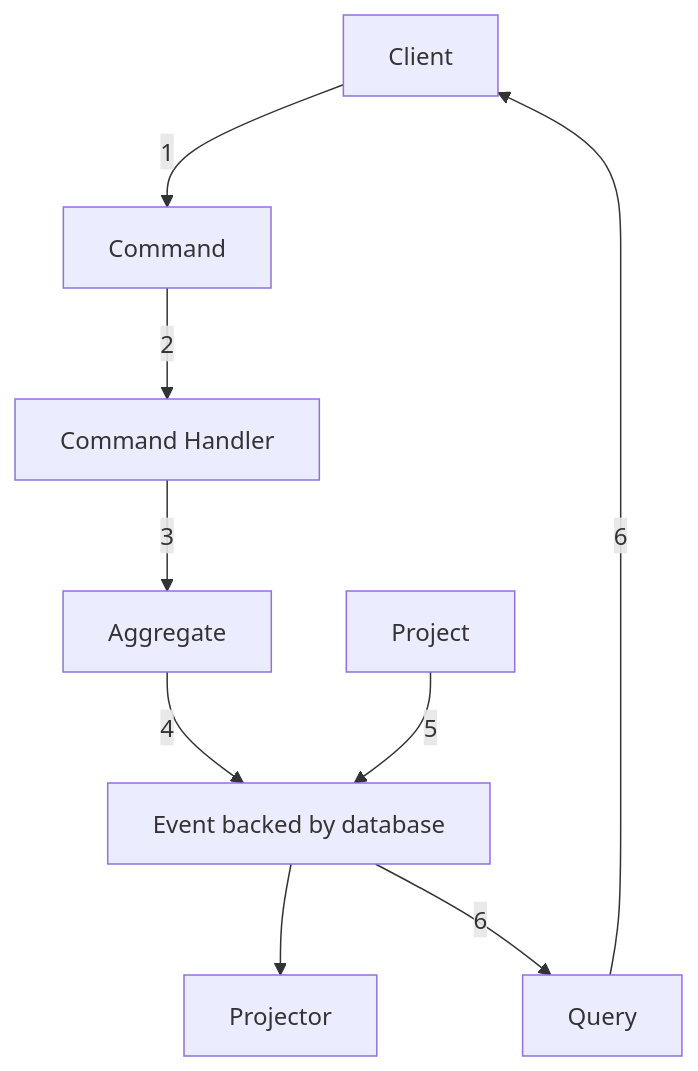
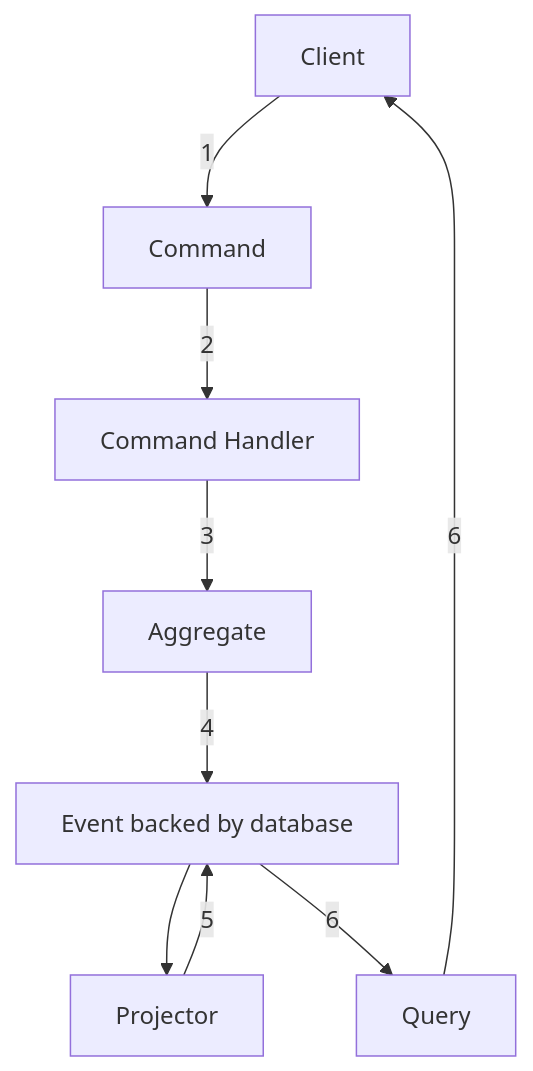
The second of 2 diagrams in Chapter06.md (pbuller212/Event-Sourcing-Notes), drawn with Mermaid before and after one commit.

Commit message:
fix mermaid diagram

````diff
--- a/Chapter06.md
+++ b/Chapter06.md
@@ -29,11 +29,11 @@
 ```mermaid
 flowchart TD
     Client[Client] -->|1| Command[Command]
     Command -->|2| CommandHandler[Command Handler]
     CommandHandler -->|3| Aggregate
     Aggregate -->|4| Event[Event backed by database]
     Event --> Projector
-    Project -->|5| Event
+    Projector -->|5| Event
     Event -->|6| Query
     Query -->|6| Client
 ```
````
